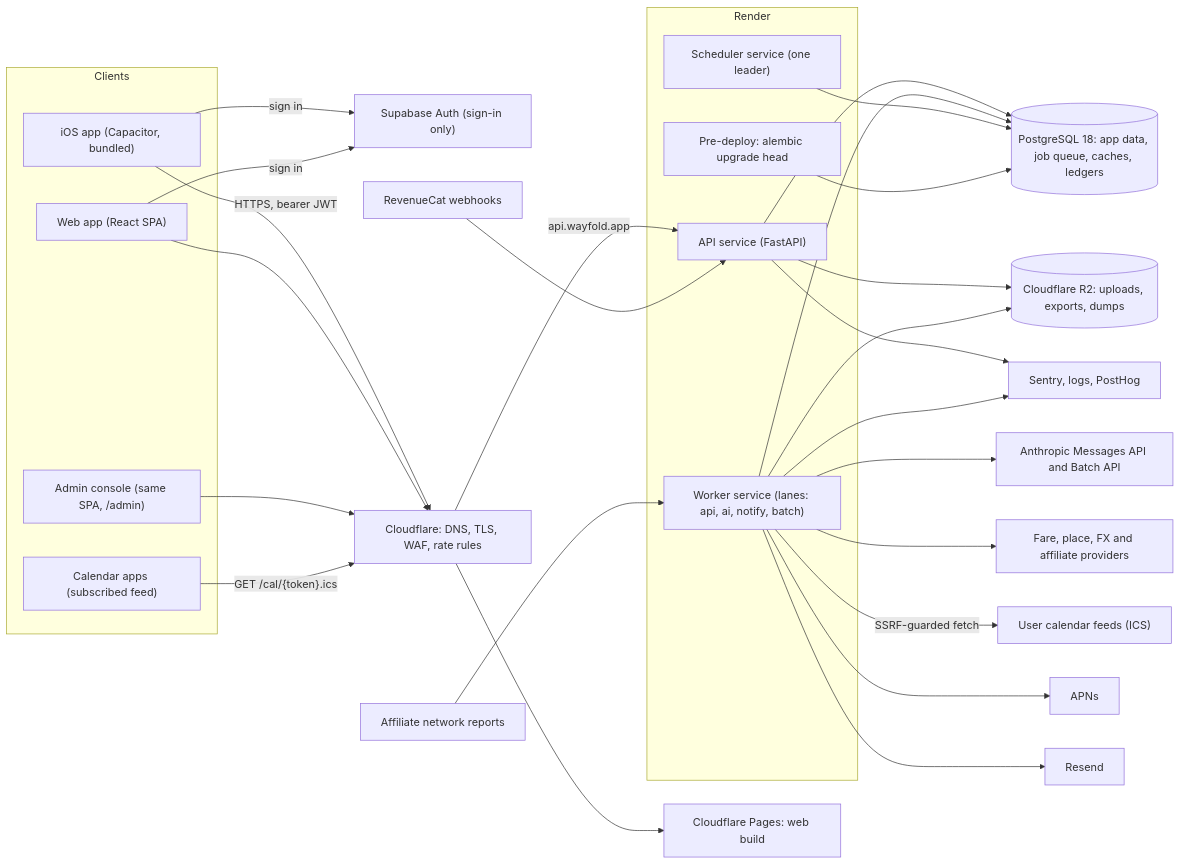
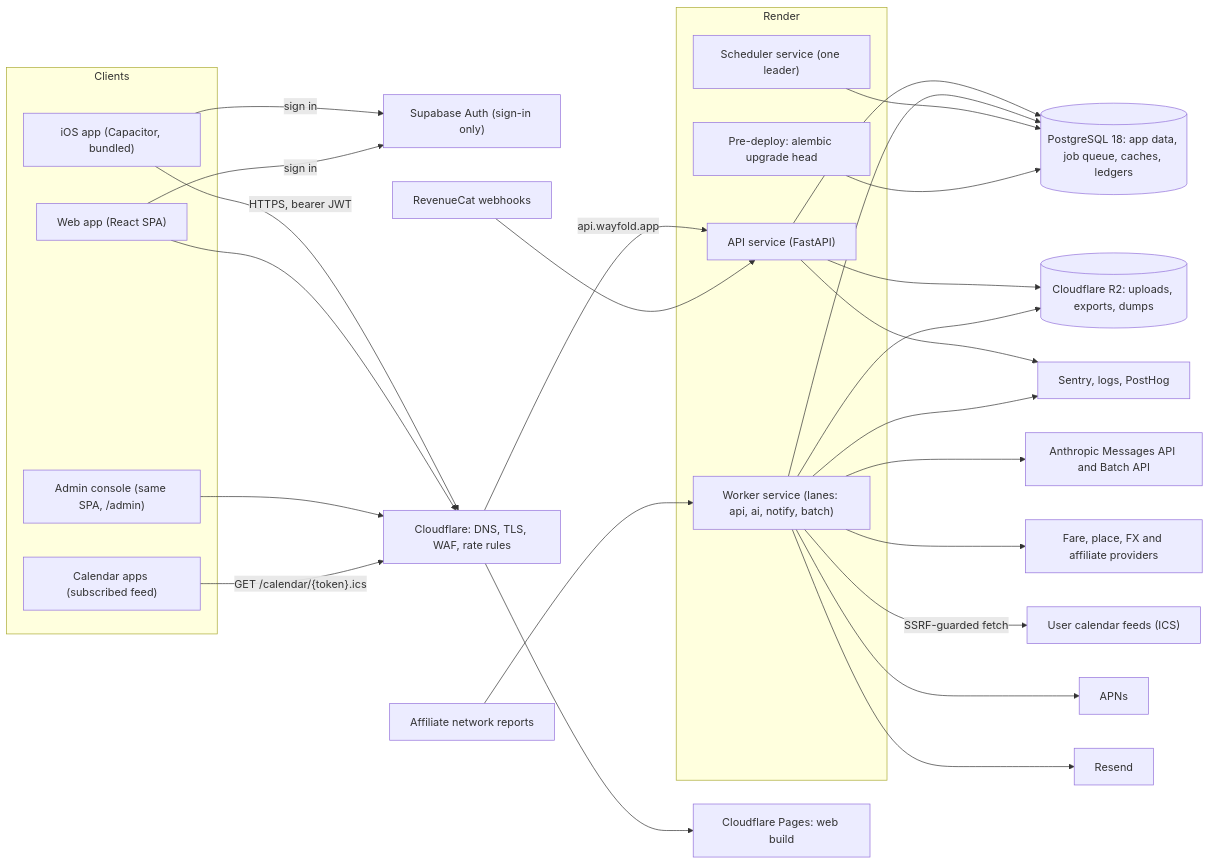
Before and after one commit to avillalv/trip-planner: the diagram in business-plan/app-buildout/phase-1-launch/02-architecture.md, drawn with Mermaid. The commit also changed other lines of this file and 14 other files, not shown here.

First line of the commit message:
docs: Phase 1 architecture, monetization and admin specs

````diff
--- a/business-plan/app-buildout/phase-1-launch/02-architecture.md
+++ b/business-plan/app-buildout/phase-1-launch/02-architecture.md
@@ -21,47 +20,47 @@
 ```mermaid
 flowchart LR
     subgraph Clients
         IOS["iOS app (Capacitor, bundled)"]
         WEB["Web app (React SPA)"]
         ADM["Admin console (same SPA, /admin)"]
         CAL["Calendar apps (subscribed feed)"]
     end
 
     SB["Supabase Auth (sign-in only)"]
     CF["Cloudflare: DNS, TLS, WAF, rate rules"]
     PAGES["Cloudflare Pages: web build"]
 
     IOS -->|"sign in"| SB
     WEB -->|"sign in"| SB
     IOS -->|"HTTPS, bearer JWT"| CF
     WEB --> CF
     ADM --> CF
-    CAL -->|"GET /cal/{token}.ics"| CF
+    CAL -->|"GET /calendar/{token}.ics"| CF
     CF --> PAGES
     CF -->|"api.wayfold.app"| API
 
     subgraph Render
         API["API service (FastAPI)"]
         WK["Worker service (lanes: api, ai, notify, batch)"]
         SCH["Scheduler service (one leader)"]
         PRE["Pre-deploy: alembic upgrade head"]
     end
 
     API --> PG[("PostgreSQL 18: app data, job queue, caches, ledgers")]
     WK --> PG
     SCH --> PG
     PRE --> PG
     API --> R2[("Cloudflare R2: uploads, exports, dumps")]
     WK --> R2
 
     WK --> ANTH["Anthropic Messages API and Batch API"]
     WK --> DATA["Fare, place, FX and affiliate providers"]
     WK -->|"SSRF-guarded fetch"| FEEDS["User calendar feeds (ICS)"]
     WK --> APNS["APNs"]
     WK --> MAIL["Resend"]
 
     RC["RevenueCat webhooks"] --> API
     AFF["Affiliate network reports"] --> WK
     API --> SEN["Sentry, logs, PostHog"]
     WK --> SEN
 ```
````
